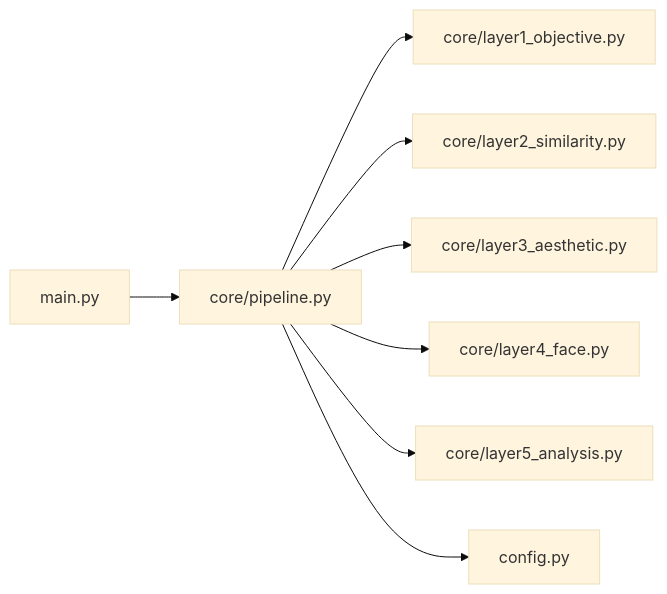
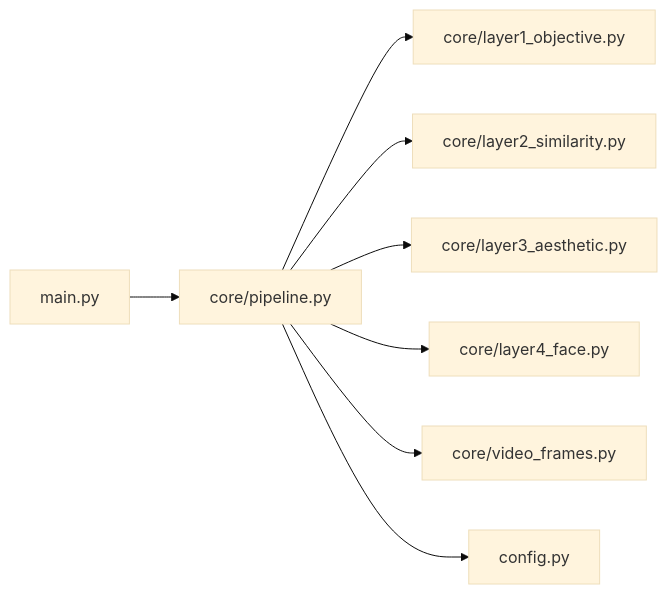
The fifth of 5 diagrams in wiki/核心系统架构/核心系统架构.md (Frankynwa/photo-rank), drawn with Mermaid (base theme) before and after one commit. The commit also changed other lines of this file and 7 other files, not shown here.

````diff
--- a/wiki/核心系统架构/核心系统架构.md
+++ b/wiki/核心系统架构/核心系统架构.md
@@ -297,10 +285,10 @@
 ```mermaid
 graph LR
 Main["main.py"] --> Pipe["core/pipeline.py"]
 Pipe --> L1["core/layer1_objective.py"]
 Pipe --> L2["core/layer2_similarity.py"]
 Pipe --> L3["core/layer3_aesthetic.py"]
 Pipe --> L4["core/layer4_face.py"]
-Pipe --> L5["core/layer5_analysis.py"]
+Pipe --> VF["core/video_frames.py"]
 Pipe --> Cfg["config.py"]
 ```
````
